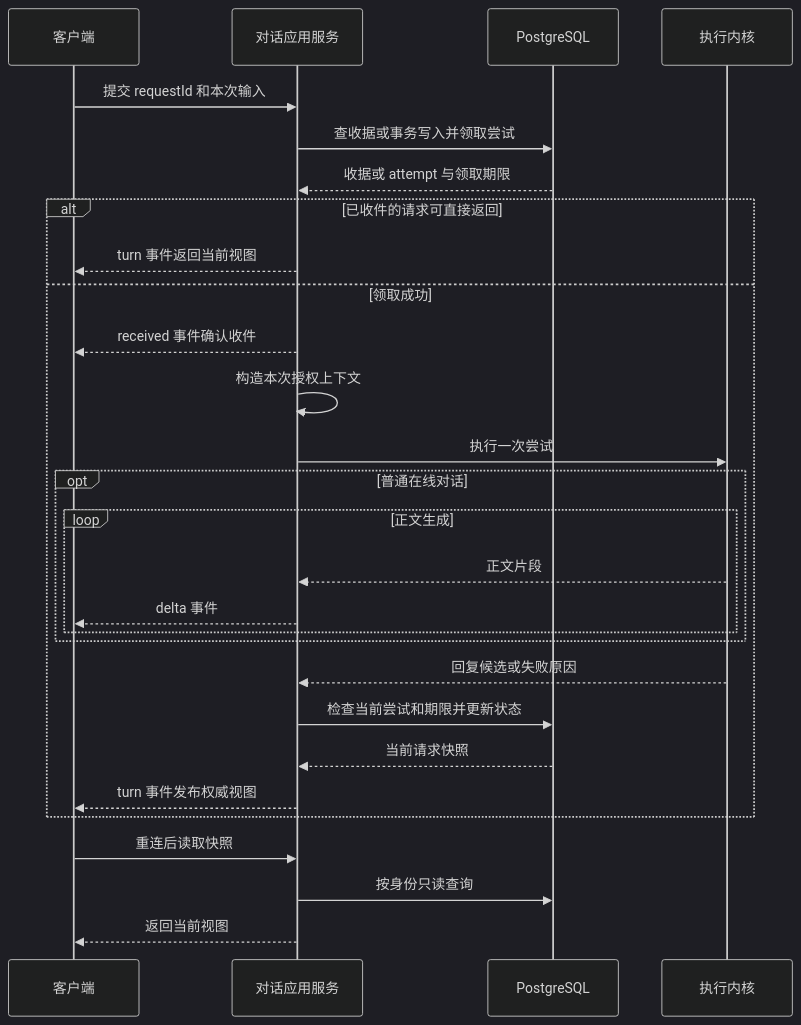
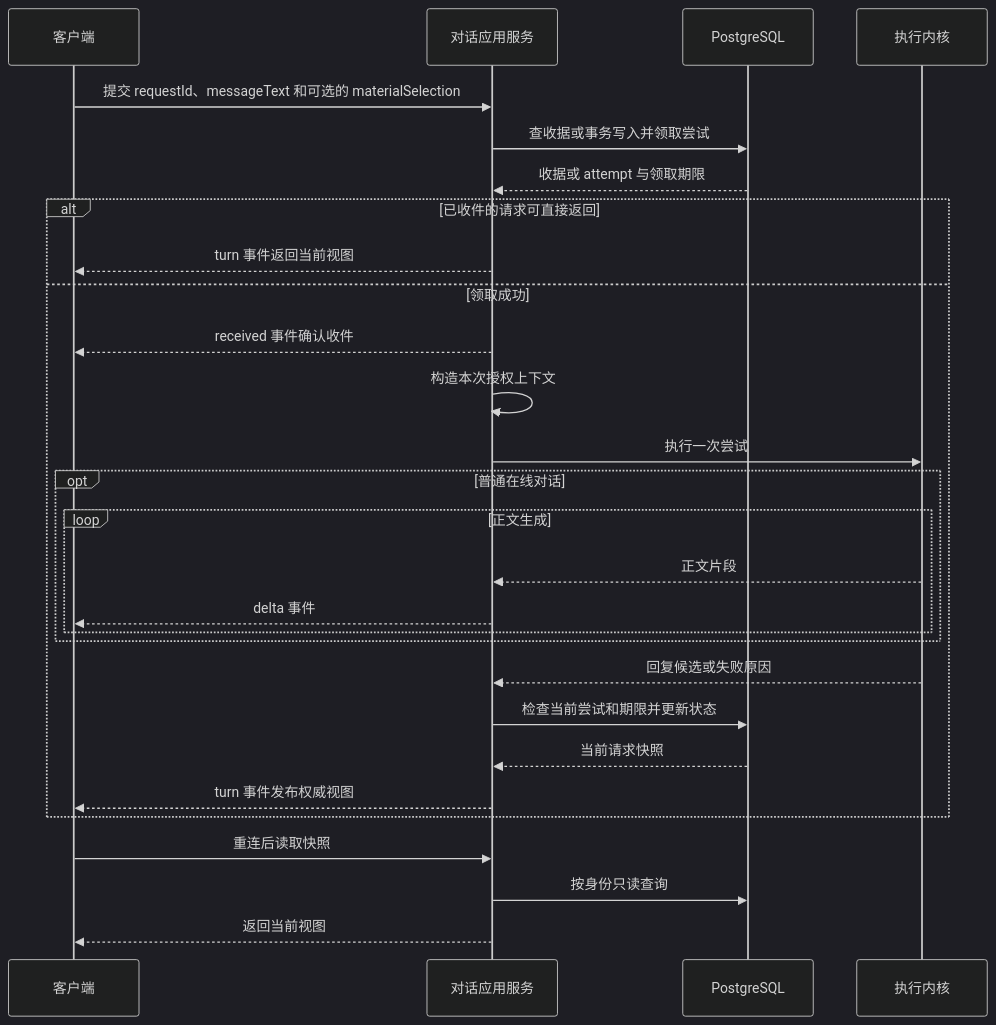
Before and after one commit to riclava/human-epochs: the second of 2 diagrams in docs/architecture.md, drawn with Mermaid (dark theme). The commit also changed other lines of this file and 90 other files, not shown here.

````diff
--- a/docs/architecture.md
+++ b/docs/architecture.md
@@ -98,30 +105,30 @@
 ```mermaid
 sequenceDiagram
     participant Client as 客户端
     participant App as 对话应用服务
     participant DB as PostgreSQL
     participant Run as 执行内核
-    Client->>App: 提交 requestId 和本次输入
+    Client->>App: 提交 requestId、messageText 和可选的 materialSelection
     App->>DB: 查收据或事务写入并领取尝试
     DB-->>App: 收据或 attempt 与领取期限
     alt 已收件的请求可直接返回
         App-->>Client: turn 事件返回当前视图
     else 领取成功
         App-->>Client: received 事件确认收件
         App->>App: 构造本次授权上下文
         App->>Run: 执行一次尝试
         opt 普通在线对话
             loop 正文生成
                 Run-->>App: 正文片段
                 App-->>Client: delta 事件
             end
         end
         Run-->>App: 回复候选或失败原因
         App->>DB: 检查当前尝试和期限并更新状态
         DB-->>App: 当前请求快照
         App-->>Client: turn 事件发布权威视图
     end
     Client->>App: 重连后读取快照
     App->>DB: 按身份只读查询
     App-->>Client: 返回当前视图
 ```
````
